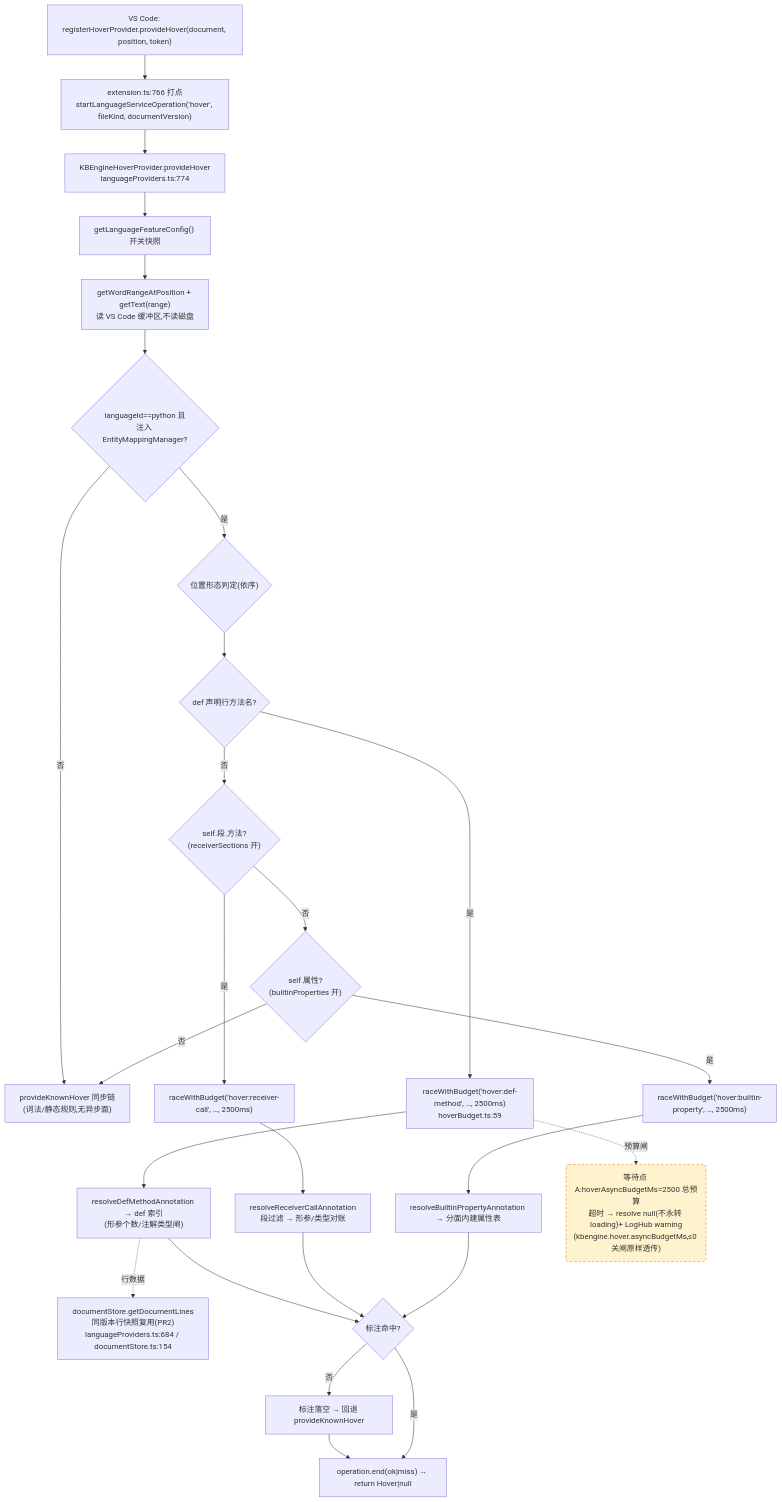
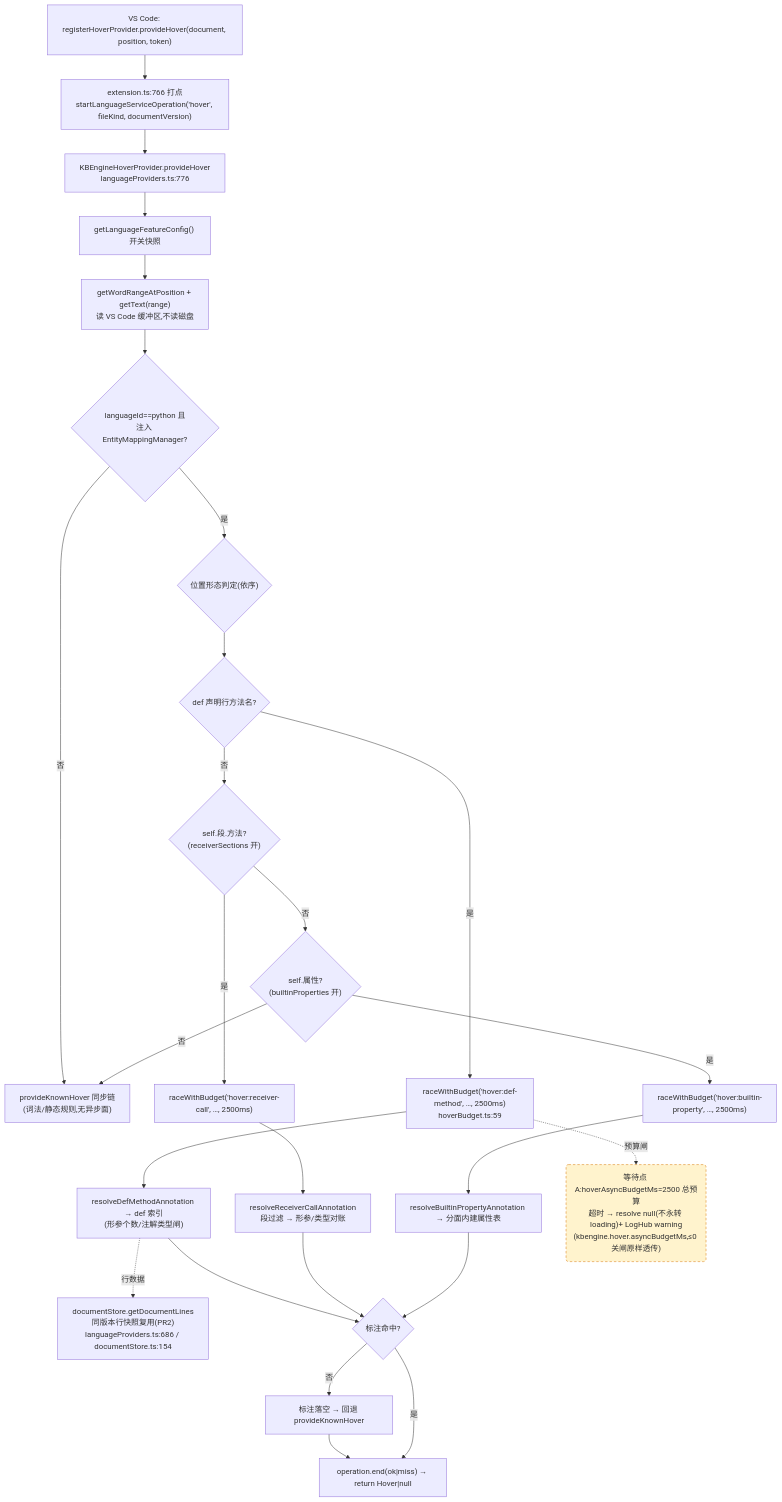
The first of 4 diagrams in docs/perf/2026-baseline.md (cuihairu/kode), drawn with Mermaid before and after one commit. The commit also changed other lines of this file and 4 other files, not shown here.

````diff
--- a/docs/perf/2026-baseline.md
+++ b/docs/perf/2026-baseline.md
@@ -82,45 +82,45 @@
 ```mermaid
 flowchart TD
   VC1["VS Code: registerHoverProvider.provideHover(document, position, token)"]
   M1["extension.ts:766 打点<br/>startLanguageServiceOperation('hover', fileKind, documentVersion)"]
-  HP["KBEngineHoverProvider.provideHover<br/>languageProviders.ts:774"]
+  HP["KBEngineHoverProvider.provideHover<br/>languageProviders.ts:776"]
   CFG["getLanguageFeatureConfig() 开关快照"]
   WORD["getWordRangeAtPosition + getText(range)<br/>读 VS Code 缓冲区,不读磁盘"]
   BR{"languageId==python 且<br/>注入 EntityMappingManager?"}
   KN["provideKnownHover 同步链<br/>(词法/静态规则,无异步面)"]
   POS{"位置形态判定(依序)"}
   D1{"def 声明行方法名?"}
   D2{"self.段.方法?<br/>(receiverSections 开)"}
   D3{"self.属性?<br/>(builtinProperties 开)"}
   RA1["raceWithBudget('hover:def-method', …, 2500ms)<br/>hoverBudget.ts:59"]
   RA2["raceWithBudget('hover:receiver-call', …, 2500ms)"]
   RA3["raceWithBudget('hover:builtin-property', …, 2500ms)"]
   RS1["resolveDefMethodAnnotation → def 索引<br/>(形参个数/注解类型闸)"]
   RS2["resolveReceiverCallAnnotation<br/>段过滤 → 形参/类型对账"]
   RS3["resolveBuiltinPropertyAnnotation → 分面内建属性表"]
-  LINES["documentStore.getDocumentLines<br/>同版本行快照复用(PR2)<br/>languageProviders.ts:684 / documentStore.ts:154"]
+  LINES["documentStore.getDocumentLines<br/>同版本行快照复用(PR2)<br/>languageProviders.ts:686 / documentStore.ts:154"]
   MISS["标注落空 → 回退 provideKnownHover"]
   END1["operation.end(ok|miss) → return Hover|null"]
 
   VC1 --> M1 --> HP --> CFG --> WORD --> BR
   BR -- "否" --> KN
   BR -- "是" --> POS --> D1
   D1 -- "是" --> RA1 --> RS1
   D1 -- "否" --> D2
   D2 -- "是" --> RA2 --> RS2
   D2 -- "否" --> D3
   D3 -- "是" --> RA3 --> RS3
   D3 -- "否" --> KN
   RS1 --> HIT{"标注命中?"}
   RS2 --> HIT
   RS3 --> HIT
   RS1 -.->|行数据| LINES
   HIT -- "否" --> MISS --> END1
   HIT -- "是" --> END1
 
   WAITA("等待点 A:hoverAsyncBudgetMs=2500 总预算<br/>超时 → resolve null(不永转 loading)+ LogHub warning<br/>(kbengine.hover.asyncBudgetMs,≤0 关闸原样透传)")
   RA1 -.->|预算闸| WAITA
 
   classDef waitPoint fill:#fff3cd,stroke:#d97706,stroke-dasharray:5 4;
   class WAITA waitPoint;
 ```
````
